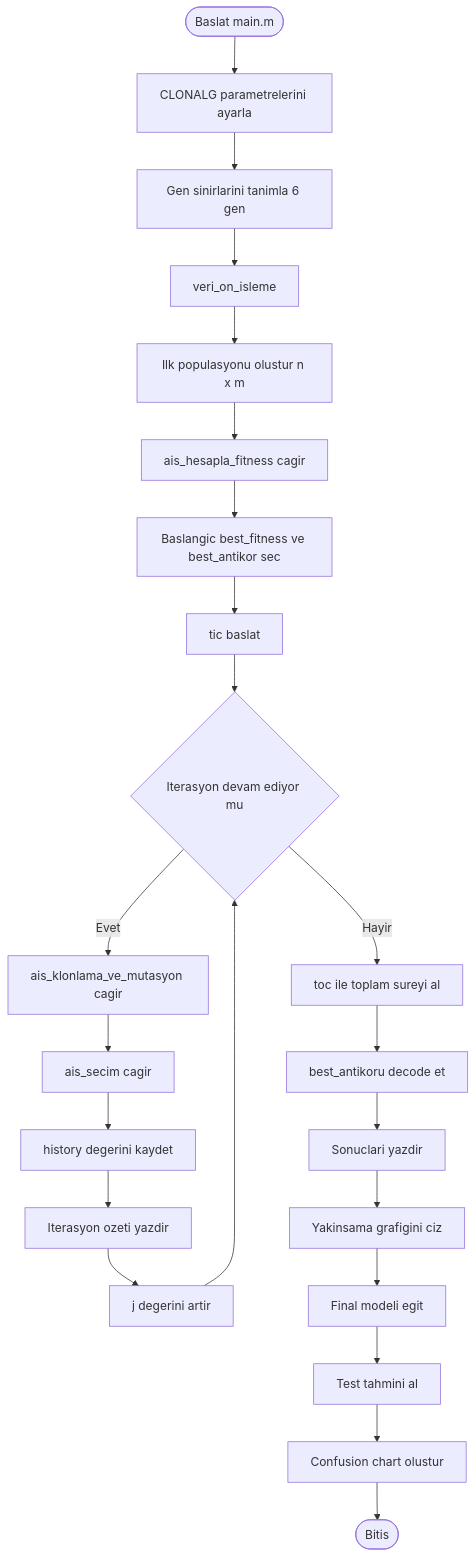
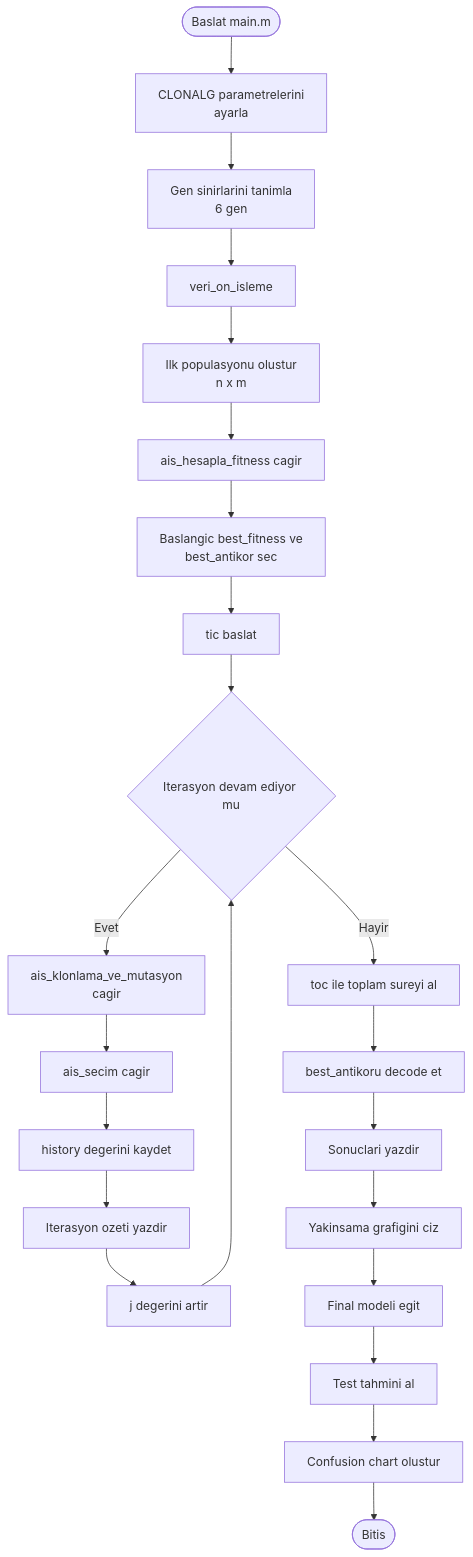
The first of 4 diagrams in akis_semasi.md (RamazanKaratut/Opt_Alg_2_Clonalg), drawn with Mermaid before and after one commit. The commit also changed other lines of this file, not shown here.

````diff
--- a/akis_semasi.md
+++ b/akis_semasi.md
@@ -12,25 +12,25 @@
 ```mermaid
 flowchart TD
-    A([Baslat main.m]) --> B[CLONALG parametrelerini ayarla]
-    B --> C[Gen sinirlarini tanimla 6 gen]
+    A([Baslat main.m]) --> B[CLONALG parametrelerini<br/>ayarla]
+    B --> C[Gen sinirlarini tanimla<br/>6 gen]
     C --> D[veri_on_isleme]
-    D --> E[Ilk populasyonu olustur n x m]
+    D --> E[Ilk populasyonu olustur<br/>n x m]
     E --> F[ais_hesapla_fitness cagir]
-    F --> G[Baslangic best_fitness ve best_antikor sec]
+    F --> G[Baslangic best_fitness ve<br/>best_antikor sec]
     G --> H[tic baslat]
     H --> I{Iterasyon devam ediyor mu}
-    I -- Evet --> J[ais_klonlama_ve_mutasyon cagir]
+    I -- Evet --> J[ais_klonlama_ve_mutasyon<br/>cagir]
     J --> K[ais_secim cagir]
     K --> L[history degerini kaydet]
     L --> M[Iterasyon ozeti yazdir]
     M --> N[j degerini artir]
     N --> I
     I -- Hayir --> O[toc ile toplam sureyi al]
     O --> P[best_antikoru decode et]
     P --> Q[Sonuclari yazdir]
     Q --> R[Yakinsama grafigini ciz]
     R --> S[Final modeli egit]
     S --> T[Test tahmini al]
     T --> U[Confusion chart olustur]
     U --> V([Bitis])
 ```
````
